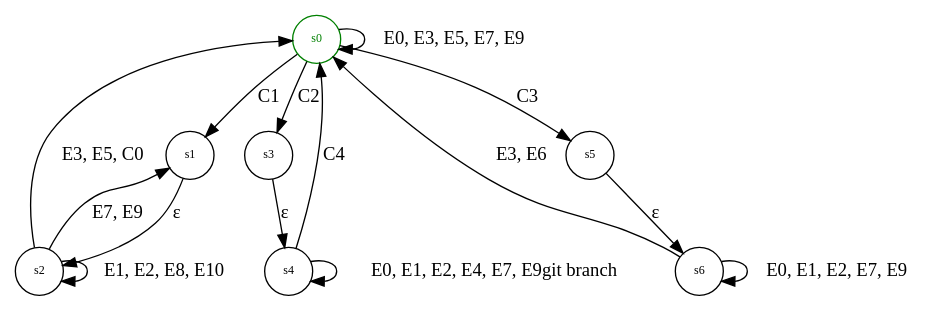
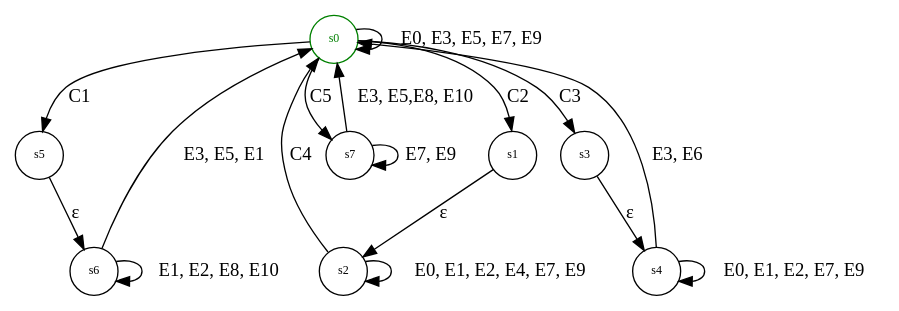
Before and after one commit to eidolonsystems/clipped_table: the diagram in source/state_machine_row_selection.gv, drawn with Graphviz.

Commit message:
Seperated mouse and keyboard events when shift and ctrl are not down.

```diff
--- a/source/state_machine_row_selection.gv
+++ b/source/state_machine_row_selection.gv
@@ -1,142 +1,148 @@
 
 digraph ColumnResizing{
   node [shape = circle, fontsize = 9];
   edge [ fontsize = 14];
 
   s0 [label="s0" color = green, fontcolor = green,];
+  s5 [label="s5"];
+  s6 [label="s6"];
   s1 [label="s1"];
   s2 [label="s2"];
   s3 [label="s3"];
   s4 [label="s4"];
-  s5 [label="s5"];
-  s6 [label="s6"];
 
 
   s0 -> s0 [label = "E0, E3, E5, E7, E9"];
-  s0 -> s1 [label = "C1"];
-  s0 -> s3 [label = "C2"];
-  s0 -> s5 [label = "C3"];
+  s0 -> s5 [label = "C1"];
+  s0 -> s1 [label = "C2"];
+  s0 -> s3 [label = "C3"];
+  s5 -> s6 [label = "&#949;"];
+  s6 -> s6 [label = "E1, E2, E8, E10"];
+  s6 -> s0 [label = "E3, E5, E1" ];
   s1 -> s2 [label = "&#949;"];
-  s2 -> s2 [label = "E1, E2, E8, E10"];
-  s2 -> s1 [label = "E7, E9"];
-  s2 -> s0 [label = "E3, E5, C0" ];
+  s2 -> s2 [label = "E0, E1, E2, E4, E7, E9"];
+  s2 -> s0 [label = "C4"];
   s3 -> s4 [label = "&#949;"];
-  s4 -> s4 [label = "E0, E1, E2, E4, E7, E9git branch"];
-  s4 -> s0 [label = "C4"];
-  s5 -> s6 [label = "&#949;"];
-  s6 -> s0 [label = "E3, E6"];
-  s6 -> s6 [label = "E0, E1, E2, E7, E9"];
+  s4 -> s0 [label = "E3, E6"];
+  s4 -> s4 [label = "E0, E1, E2, E7, E9"];
+  s0 -> s7 [label = "C5"];
+  s7 -> s7 [label = "E7, E9"];
+  s7 -> s0 [label = "E3, E5,E8, E10"];
   
+  { rank=same; s5, s7 }
 }
 
 /**
 Fields:
 selectedRows (ArrayTableModel) 
   - The model that keeps track of which rows are selected
 highlightedRow (number) - The row currently highlighted
 previousRow (number) - The last row that was current
 currentRow (number) - The row the mouse is currently inside or 
   that the keyboard is focued on
 isShiftDown (boolean) - Keeps track of if SHIFT is down
 isCtrlDown (boolean) - Keeps track of if CTRL is down
 isMouseDown (boolean) - Keeps track of the left mouse button
 isUpDown (boolean) - Keeps track of if the up key is down
 isDownDown (boolean) - Keeps track of if the down key is down
 isAdding (boolean) - Keeps track of if rows should be added
 
 Init:
 selectedRows = []
 hilightedRow = 0
 previousRow = 0
 currentRow = 0
 isShiftDown = false
 isCtrlDown = false
 isMouseDown = false
 isUpDown = false
 isDownDown = false
 isAdding = true
 
 States:
 s0: Starting state.
 s1:
   selectedRows = clear all true values
-  highlightedRow = currentRow
   previousRow = highlightedRow
-s2:
+s2: 
   if(currentRow >= previousRow && currentRow >= highlightedRow
       || currentRow <= previousRow && currentRow <= highlightedRow) {
     add rows from previousRow to currentRow
   } else {
     remove rows from previousRow to currentRow
   }
 s3:
-  selectedRows = clear all true values
-  previousRow = highlightedRow
-s4: 
-  if(currentRow >= previousRow && currentRow >= highlightedRow
-      || currentRow <= previousRow && currentRow <= highlightedRow) {
-    add rows from previousRow to currentRow
-  } else {
-    remove rows from previousRow to currentRow
-  }
-s5:
   highlightedRow = currentRow
   previousRow = highlightedRow
   if(current in selected[]) {
     isAdding = false;
   } else {
     isAdding = true;
   }
-s6:
+s4:
   if(isAdding) {
     if(currentRow >= previousRow && currentRow >= highlightedRow
         || currentRow <= previousRow && currentRow <= highlightedRow) {
       add rows from previousRow to currentRow
     } else {
       remove rows from previousRow to currentRow
     }
   } else {
     if(currentRow >= previousRow && currentRow >= highlightedRow
         || currentRow <= previousRow && currentRow <= highlightedRow) {
       add rows from previousRow to currentRow
     } else {
       remove rows from previousRow to currentRow
     }
   }
+s5:
+  selectedRows = clear all true values
+  highlightedRow = currentRow
+  previousRow = highlightedRow
+s6:
+  if(currentRow >= previousRow && currentRow >= highlightedRow
+      || currentRow <= previousRow && currentRow <= highlightedRow) {
+    add rows from previousRow to currentRow
+  } else {
+    remove rows from previousRow to currentRow
+  }
+s7:
+  highlightedRow = currentRow
 
-C0: !isMouseDown and !isUpDown and !isDownDown
-C1: !isShiftDown and !isCtrlDown and (isMouseDown or isUpDown or isDownDown) 
-C2: isShiftDown && (isMouseDown or isUpDown or isDownDown)
-C3: isCtrlDown && (isMouseDown or isUpDown or isDownDown)
+C0: !isMouseDown && !isUpDown && !isDownDown
+C1: !isShiftDown && !isCtrlDown && isMouseDown
+C2: isShiftDown && (isMouseDown || isUpDown || isDownDown)
+C3: isCtrlDown && (isMouseDown || isUpDown || isDownDown)
 C4: !isMouseDown && !isShiftDown
+C5: !isShiftDown && !isCtrlDown && (isUpDown || isDownDown)
 
 E0: Mouse Down
   isMouseDown = true
   currentRow = row
 E1: Mouse Up
   isMouseDown = false
 E2: Mouse Enters a row
   if(isMouseDown): 
     currentRow = row
 E3: Shift Down
   isShiftDown = true
 E4: Shift Up
   isShiftDown = false
 E5: Ctrl Down
   isCtrlDown = true
 E6: Ctrl Up
   isCtrlDown = false
 E7: Up Button Down
   isUpDown = true
   previousRow = currentRow
   if (currentRow != 0):
   currentRow = currentRow - 1
 E8: Up Button Up
   isUpDown = false
 E9: Down Button Down
   isDownDown = true
   previousRow = currentRow
   currentRow = currentRow + 1
 E10: Down Button Up
    isDownDown = false
 */
```
